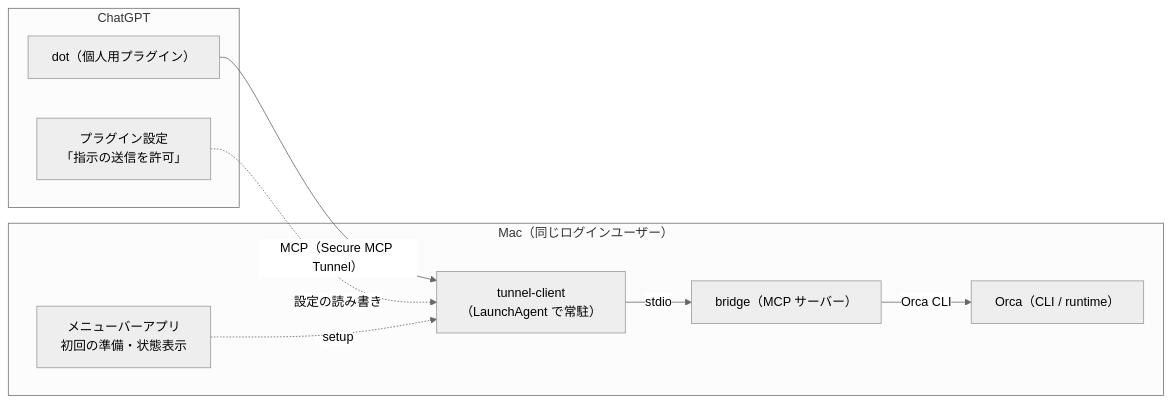
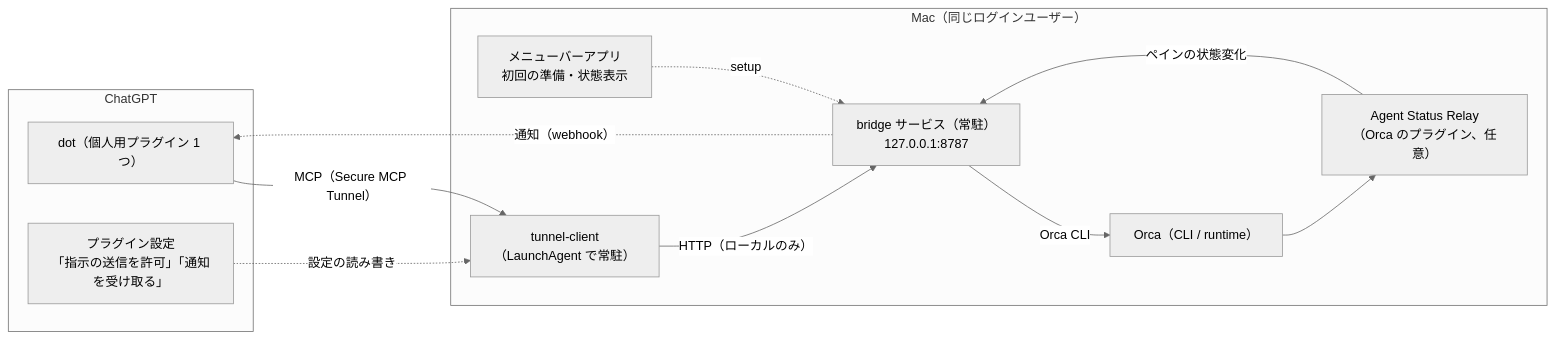
One commit to andoshin11/orca-dots-bridge changed the diagram in README.md. Above: the diagram before and after it, drawn with Mermaid (neutral theme). The commit also changed other lines of this file and 29 other files, not shown here.

````diff
--- a/README.md
+++ b/README.md
@@ -15,18 +15,22 @@
 ```mermaid
 flowchart LR
   subgraph cloud["ChatGPT"]
-    dot["dot（個人用プラグイン）"]
-    settings["プラグイン設定<br/>「指示の送信を許可」"]
+    dot["dot（個人用プラグイン 1 つ）"]
+    settings["プラグイン設定<br/>「指示の送信を許可」「通知を受け取る」"]
   end
   subgraph mac["Mac（同じログインユーザー）"]
     app["メニューバーアプリ<br/>初回の準備・状態表示"]
     tunnel["tunnel-client<br/>（LaunchAgent で常駐）"]
-    bridge["bridge（MCP サーバー）"]
+    bridge["bridge サービス（常駐）<br/>127.0.0.1:8787"]
+    relay["Agent Status Relay<br/>（Orca のプラグイン、任意）"]
     orca["Orca（CLI / runtime）"]
   end
   dot -- "MCP（Secure MCP Tunnel）" --> tunnel
   settings -. "設定の読み書き" .-> tunnel
-  tunnel -- "stdio" --> bridge
+  tunnel -- "HTTP（ローカルのみ）" --> bridge
   bridge -- "Orca CLI" --> orca
-  app -. "setup" .-> tunnel
+  orca --> relay
+  relay -- "ペインの状態変化" --> bridge
+  bridge -. "通知（webhook）" .-> dot
+  app -. "setup" .-> bridge
 ```
````
